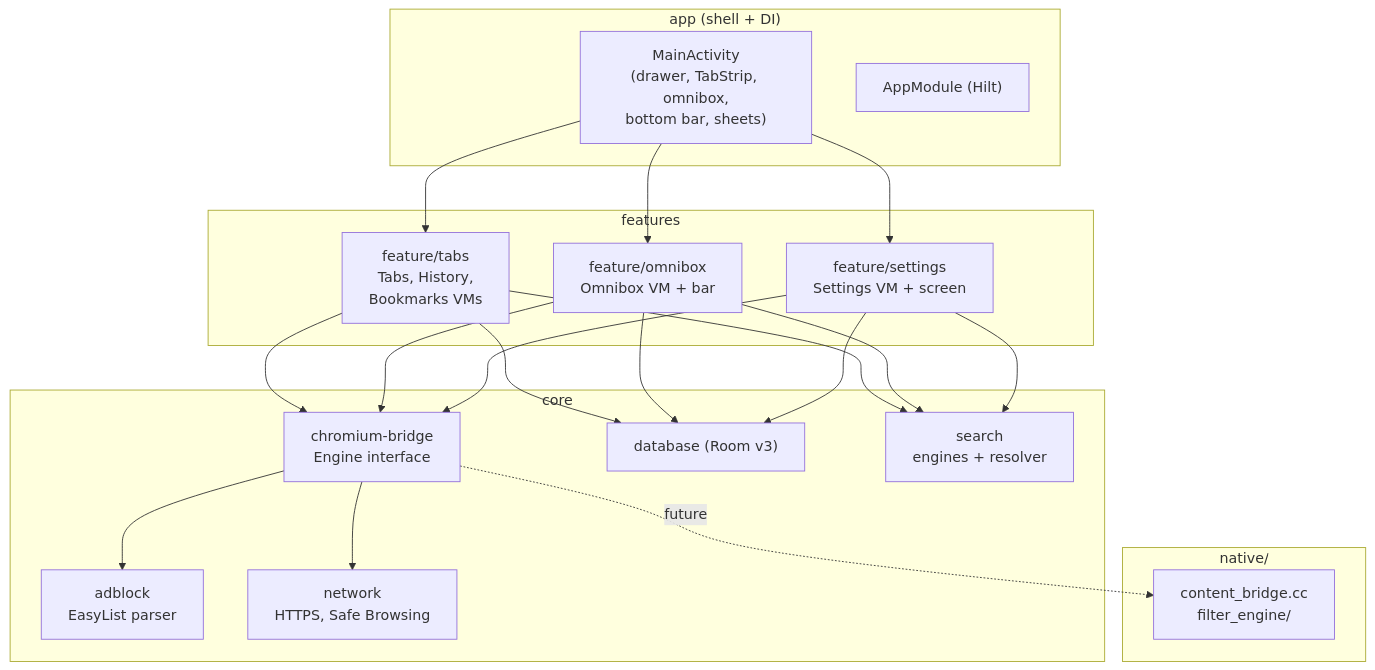
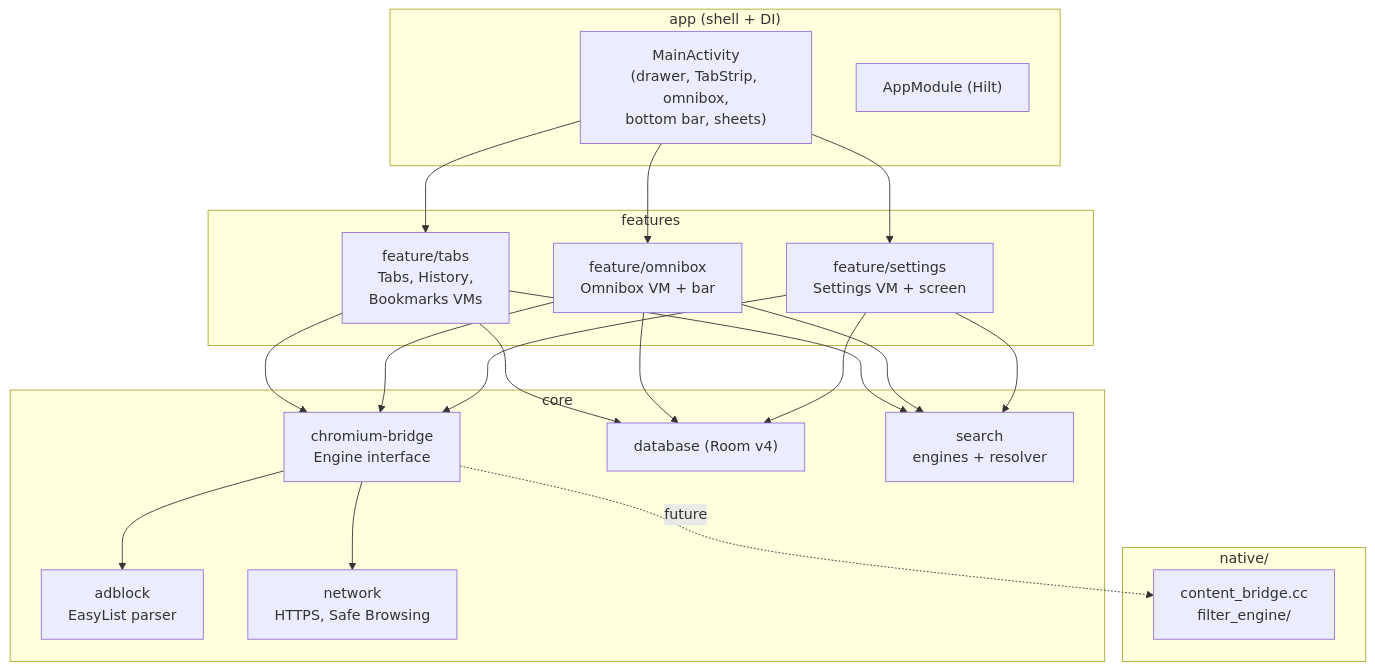
The diagram in README.md (SolukAtli/logix-browser), drawn with Mermaid before and after one commit. The commit also changed other lines of this file and 21 other files, not shown here.

````diff
--- a/README.md
+++ b/README.md
@@ -162,26 +162,26 @@
 ```mermaid
 flowchart TB
     subgraph app["app (shell + DI)"]
         MA["MainActivity\n(drawer, TabStrip, omnibox,\nbottom bar, sheets)"]
         DI["AppModule (Hilt)"]
     end
     subgraph features["features"]
         TABS["feature/tabs\nTabs, History,\nBookmarks VMs"]
         OMNI["feature/omnibox\nOmnibox VM + bar"]
         SET["feature/settings\nSettings VM + screen"]
     end
     subgraph core["core"]
         ENG["chromium-bridge\nEngine interface"]
         ADB["adblock\nEasyList parser"]
-        DB["database (Room v3)"]
+        DB["database (Room v4)"]
         NET["network\nHTTPS, Safe Browsing"]
         SEA["search\nengines + resolver"]
     end
     subgraph native["native/"]
         JNI["content_bridge.cc\nfilter_engine/"]
     end
     MA --> TABS & OMNI & SET
     TABS & OMNI & SET --> ENG & DB & SEA
     ENG --> ADB & NET
     ENG -.->|future| JNI
 ```
````
